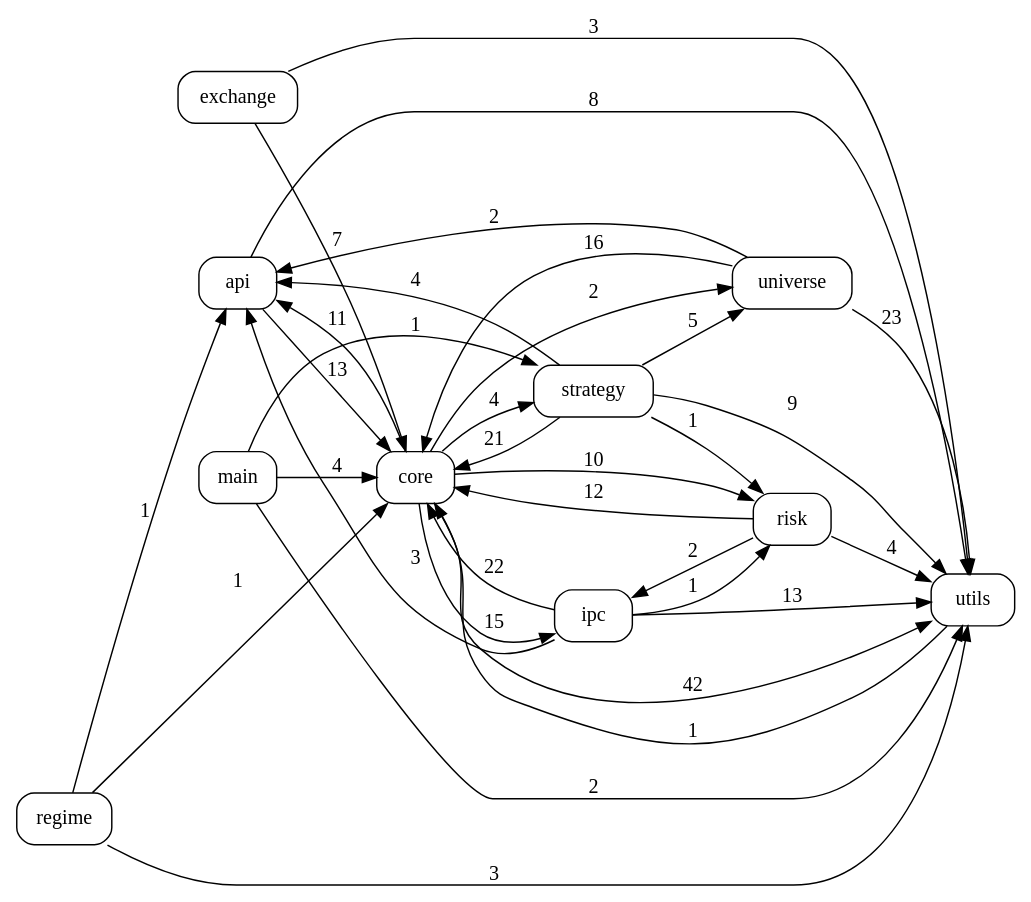
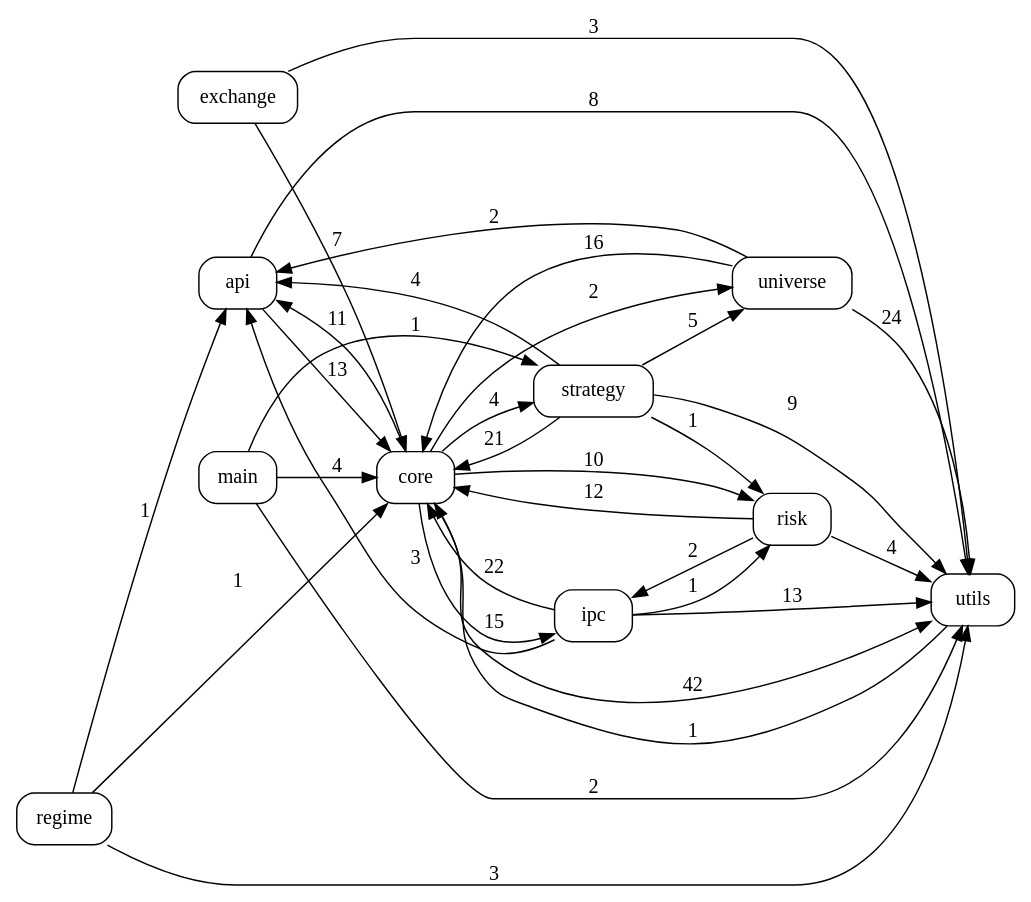
The diagram in docs/code_graph.dot (pypy8171/Quant), drawn with Graphviz before and after one commit. The commit also changed 13 other files, not shown here.

```diff
--- a/docs/code_graph.dot
+++ b/docs/code_graph.dot
@@ -1,46 +1,46 @@
 digraph code_graph {
   rankdir=LR;
   node [shape=box, style=rounded, fontname="Consolas"];
   "api";
   "core";
   "exchange";
   "ipc";
   "main";
   "regime";
   "risk";
   "strategy";
   "universe";
   "utils";
   "api" -> "core" [label="13"];
   "api" -> "utils" [label="8"];
   "core" -> "api" [label="11"];
   "core" -> "ipc" [label="15"];
   "core" -> "risk" [label="10"];
   "core" -> "strategy" [label="4"];
   "core" -> "universe" [label="2"];
   "core" -> "utils" [label="42"];
   "exchange" -> "core" [label="7"];
   "exchange" -> "utils" [label="3"];
   "ipc" -> "api" [label="3"];
   "ipc" -> "core" [label="22"];
   "ipc" -> "risk" [label="1"];
   "ipc" -> "utils" [label="13"];
   "main" -> "core" [label="4"];
   "main" -> "strategy" [label="1"];
   "main" -> "utils" [label="2"];
   "regime" -> "api" [label="1"];
   "regime" -> "core" [label="1"];
   "regime" -> "utils" [label="3"];
   "risk" -> "core" [label="12"];
   "risk" -> "ipc" [label="2"];
   "risk" -> "utils" [label="4"];
   "strategy" -> "api" [label="4"];
   "strategy" -> "core" [label="21"];
   "strategy" -> "risk" [label="1"];
   "strategy" -> "universe" [label="5"];
   "strategy" -> "utils" [label="9"];
   "universe" -> "api" [label="2"];
   "universe" -> "core" [label="16"];
-  "universe" -> "utils" [label="23"];
+  "universe" -> "utils" [label="24"];
   "utils" -> "core" [label="1"];
 }
```
